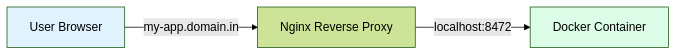
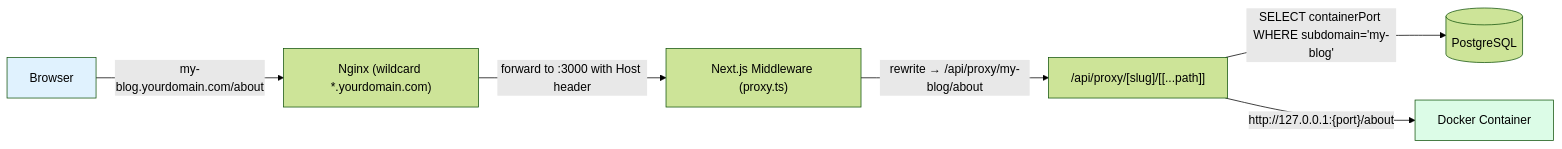
The seventh of 10 diagrams in docs/HOW-IT-WORKS.md (kpndevrootentri/dropdeploy), drawn with Mermaid (forest theme) before and after one commit. The commit also changed other lines of this file and 23 other files, not shown here.

````diff
--- a/docs/HOW-IT-WORKS.md
+++ b/docs/HOW-IT-WORKS.md
@@ -294,8 +367,11 @@
 ```mermaid
 graph LR
-    U["User Browser"] -->|"my-app.domain.in"| NG["Nginx Reverse Proxy"]
-    NG -->|"localhost:8472"| C["Docker Container"]
+    U["Browser"] -->|"my-blog.yourdomain.com/about"| NG["Nginx (wildcard *.yourdomain.com)"]
+    NG -->|"forward to :3000 with Host header"| MW["Next.js Middleware (proxy.ts)"]
+    MW -->|"rewrite → /api/proxy/my-blog/about"| PX["/api/proxy/[slug]/[[...path]]"]
+    PX -->|"SELECT containerPort WHERE subdomain='my-blog'"| DB[(PostgreSQL)]
+    PX -->|"http://127.0.0.1:{port}/about"| C["Docker Container"]
 
     style U fill:#e0f2fe
     style C fill:#dcfce7
 ```
````
